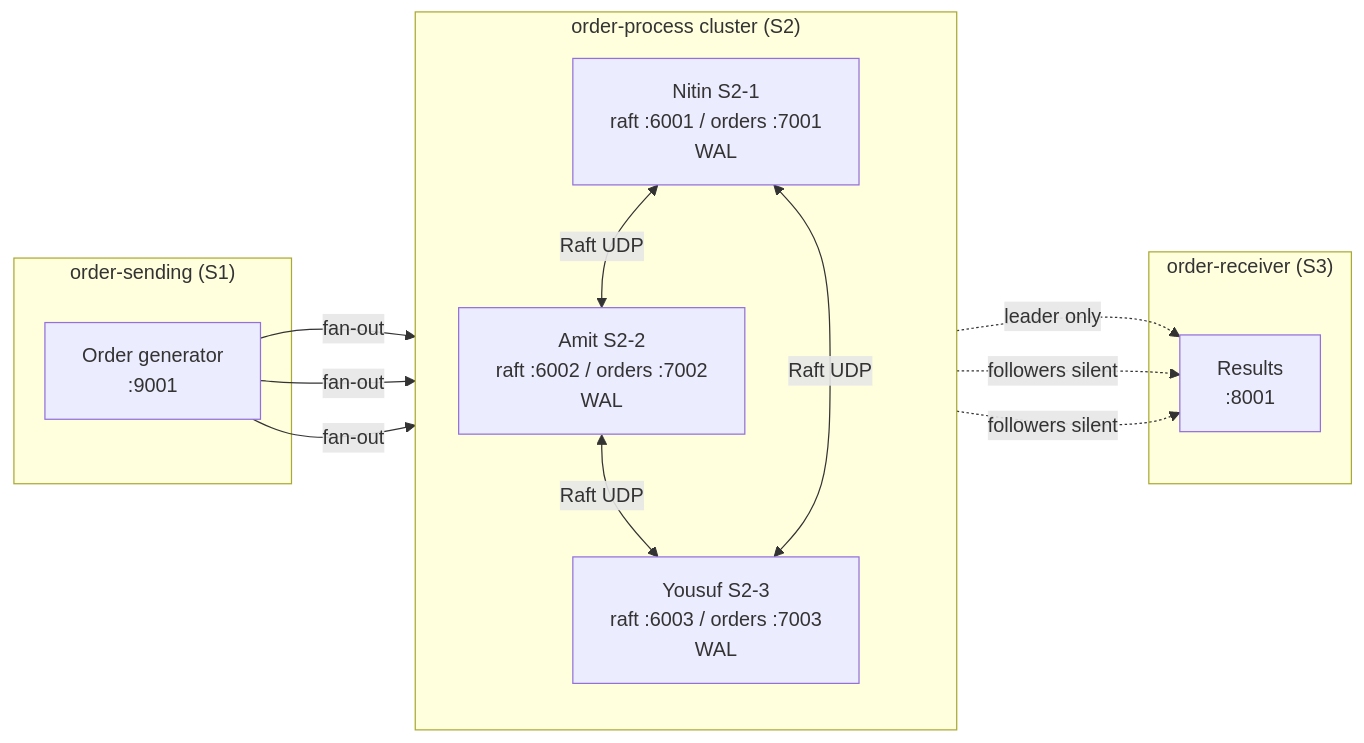
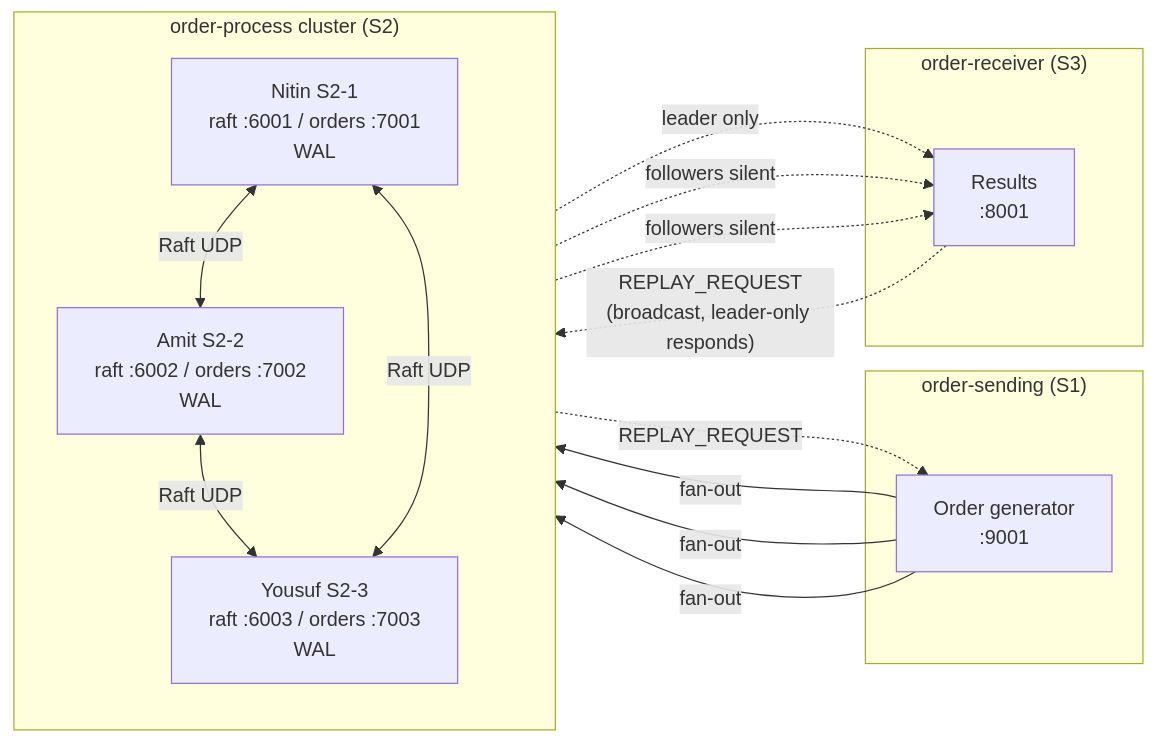
The diagram in README.md (yousuf788/oms), drawn with Mermaid before and after one commit. The commit also changed other lines of this file and 57 other files, not shown here.

````diff
--- a/README.md
+++ b/README.md
@@ -18,27 +20,29 @@
 ```mermaid
 flowchart LR
     subgraph S1["order-sending (S1)"]
         Sender["Order generator\n:9001"]
     end
 
     subgraph S2["order-process cluster (S2)"]
         direction TB
         N1["Nitin S2-1\nraft :6001 / orders :7001\nWAL"]
         N2["Amit S2-2\nraft :6002 / orders :7002\nWAL"]
         N3["Yousuf S2-3\nraft :6003 / orders :7003\nWAL"]
         N1 <-->|"Raft UDP"| N2
         N2 <-->|"Raft UDP"| N3
         N3 <-->|"Raft UDP"| N1
     end
 
     subgraph S3["order-receiver (S3)"]
         Receiver["Results\n:8001"]
     end
 
     Sender -->|"fan-out"| N1
     Sender -->|"fan-out"| N2
     Sender -->|"fan-out"| N3
     N1 -.->|"leader only"| Receiver
     N2 -.->|"followers silent"| Receiver
     N3 -.->|"followers silent"| Receiver
+    Receiver -.->|"REPLAY_REQUEST\n(broadcast, leader-only responds)"| N1
+    N1 -.->|"REPLAY_REQUEST"| Sender
 ```
````
